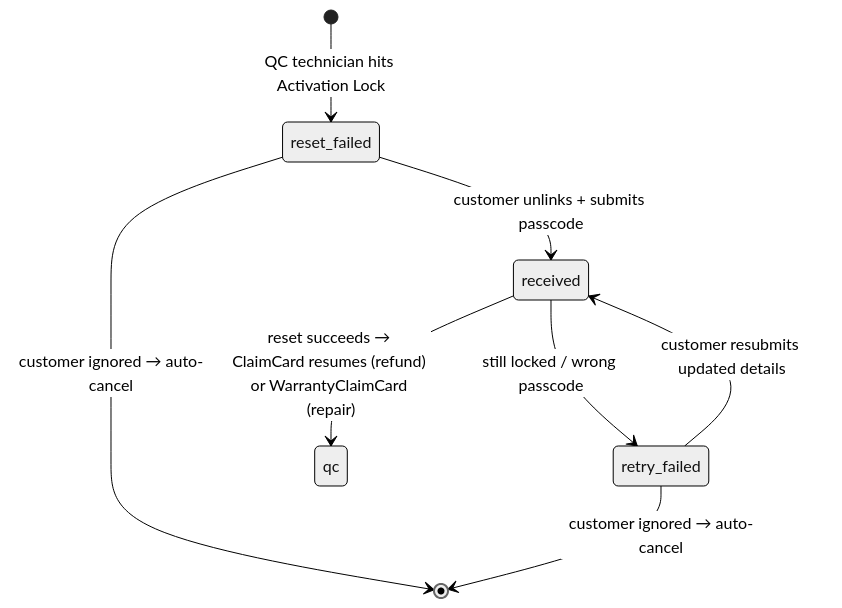
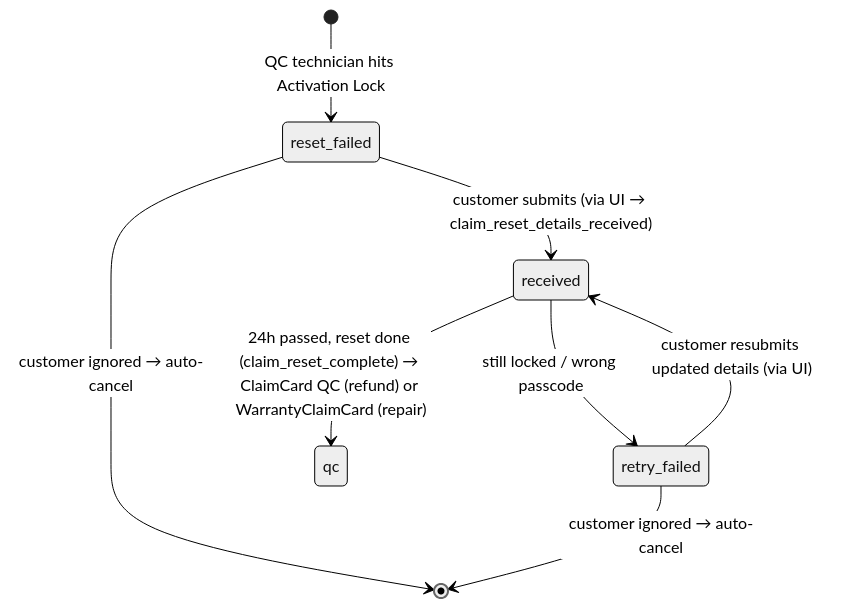
The sixth of 6 diagrams in docs/output/returns/claim_tracking.md (andrea-revibe/my-account-redesign-v2), drawn with Mermaid (neutral theme) before and after one commit. The commit also changed other lines of this file and 7 other files, not shown here.

Commit message:
linked the failed reset UI step to the dev panel

````diff
--- a/docs/output/returns/claim_tracking.md
+++ b/docs/output/returns/claim_tracking.md
@@ -299,10 +299,10 @@
 ```mermaid
 stateDiagram-v2
     [*] --> reset_failed: QC technician hits Activation Lock
-    reset_failed --> received: customer unlinks + submits passcode
+    reset_failed --> received: customer submits (via UI → claim_reset_details_received)
     reset_failed --> [*]: customer ignored → auto-cancel
     received --> retry_failed: still locked / wrong passcode
-    received --> qc: reset succeeds → ClaimCard resumes (refund) or WarrantyClaimCard (repair)
-    retry_failed --> received: customer resubmits updated details
+    received --> qc: 24h passed, reset done (claim_reset_complete) → ClaimCard QC (refund) or WarrantyClaimCard (repair)
+    retry_failed --> received: customer resubmits updated details (via UI)
     retry_failed --> [*]: customer ignored → auto-cancel
 ```
````
